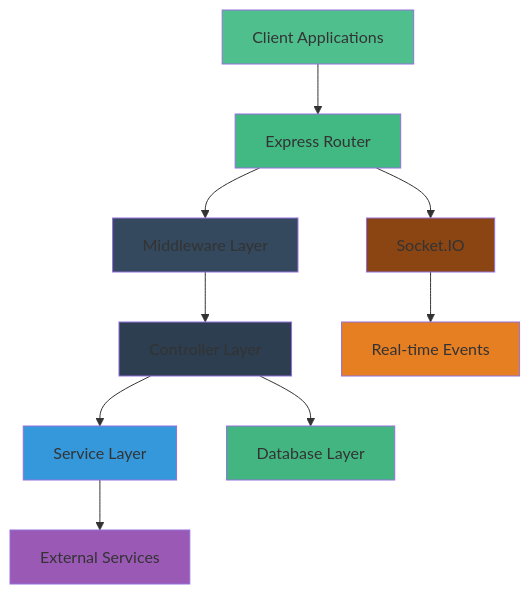
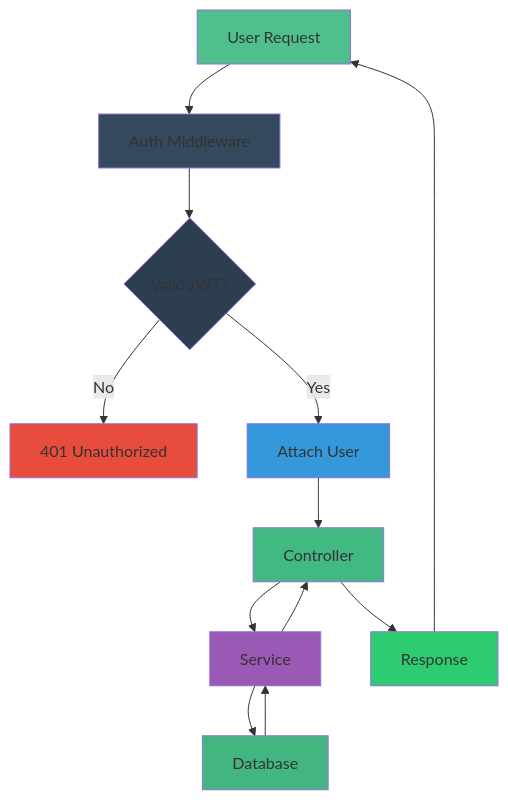
One commit to Mausam5055/Connect-Flow-V03 changed the first of 2 diagrams in backend/README.md. Above: the diagram before and after it, drawn with Mermaid. The commit also changed other lines of this file and 2 other files, not shown here.

````diff
--- a/backend/README.md
+++ b/backend/README.md
@@ -45,22 +92,24 @@
 ```mermaid
-graph TD
-    A[Client Applications] --> B[Express Router]
-    B --> C[Middleware Layer]
-    C --> D[Controller Layer]
-    D --> E[Service Layer]
-    D --> F[Database Layer]
-    E --> G[External Services]
-    
-    B --> H[Socket.IO]
-    H --> I[Real-time Events]
+flowchart TD
+    A[User Request] --> B[Auth Middleware]
+    B --> C{Valid JWT?}
+    C -->|No| D[401 Unauthorized]
+    C -->|Yes| E[Attach User]
+    E --> F[Controller]
+    F --> G[Service]
+    G --> H[Database]
+    H --> G
+    G --> F
+    F --> I[Response]
+    I --> A
     
     style A fill:#4FC08D
-    style B fill:#42b883
-    style C fill:#34495e
-    style D fill:#2c3e50
+    style B fill:#34495e
+    style C fill:#2c3e50
+    style D fill:#e74c3c
     style E fill:#3498db
-    style F fill:#43b581
+    style F fill:#42b883
     style G fill:#9b59b6
-    style H fill:#8B4513
-    style I fill:#e67e22
+    style H fill:#43b581
+    style I fill:#2ecc71
 ```
````
